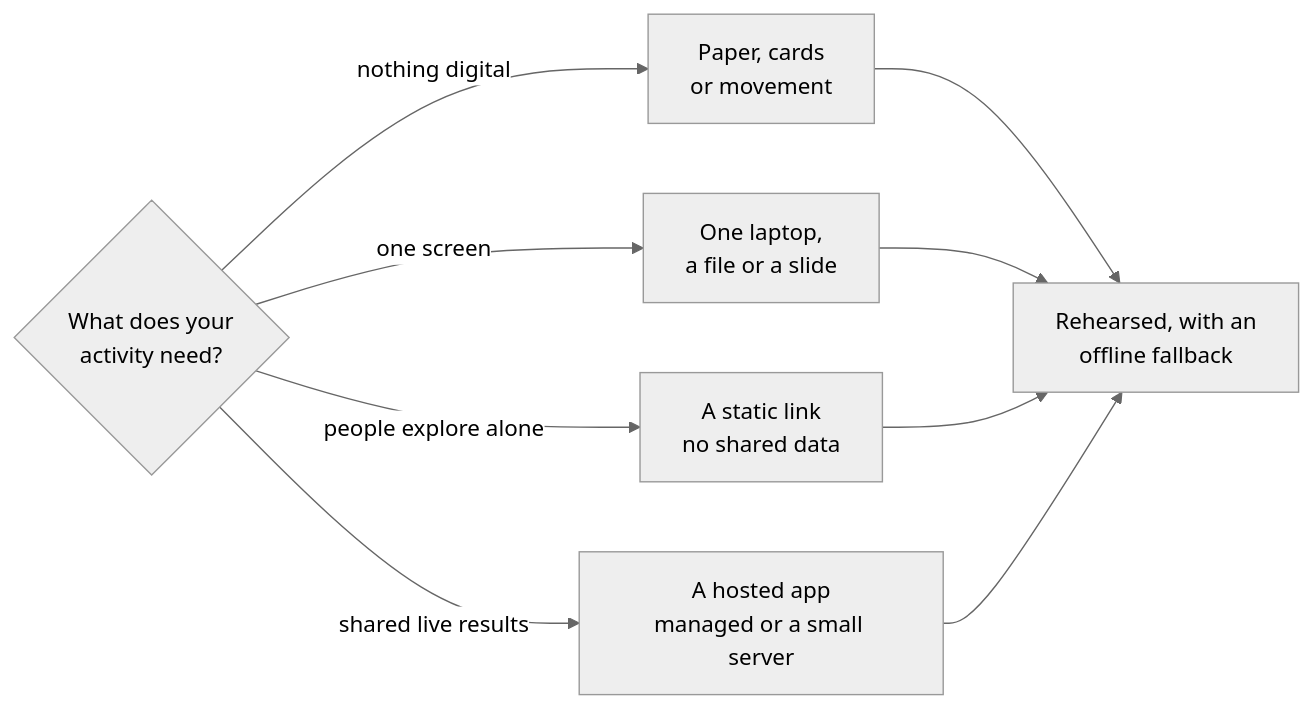
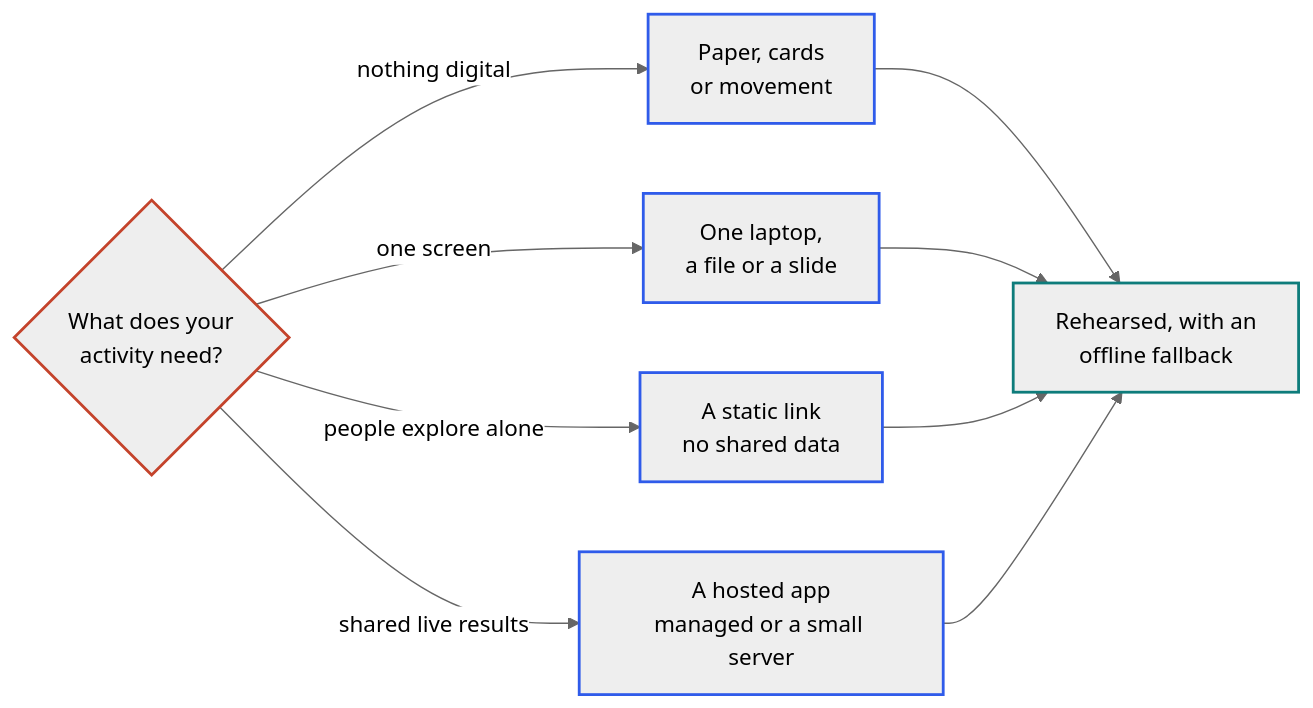
Before and after one commit to FabianJun/PresentTogether: the diagram in README.md, drawn with Mermaid (neutral theme). The commit also changed other lines of this file and 23 other files, not shown here.

````diff
--- a/README.md
+++ b/README.md
@@ -122,12 +119,15 @@
 ```mermaid
 flowchart LR
-    Q{"What does your<br/>activity need?"}
-    Q -->|"nothing digital"| P["Paper, cards<br/>or movement"]
-    Q -->|"one screen"| L["One laptop,<br/>a file or a slide"]
-    Q -->|"people explore alone"| S["A static link<br/>no shared data"]
-    Q -->|"shared live results"| M["A hosted app<br/>managed or a small server"]
-    P --> F["Rehearsed, with an<br/>offline fallback"]
+    Q{"What does your<br/>activity need?"}:::you
+    Q -->|"nothing digital"| P["Paper, cards<br/>or movement"]:::agent
+    Q -->|"one screen"| L["One laptop,<br/>a file or a slide"]:::agent
+    Q -->|"people explore alone"| S["A static link<br/>no shared data"]:::agent
+    Q -->|"shared live results"| M["A hosted app<br/>managed or a small server"]:::agent
+    P --> F["Rehearsed, with an<br/>offline fallback"]:::evidence
     L --> F
     S --> F
     M --> F
+    classDef you stroke:#c4432b,stroke-width:2px
+    classDef agent stroke:#2f5bea,stroke-width:2px
+    classDef evidence stroke:#0e7c7b,stroke-width:2px
 ```
````
